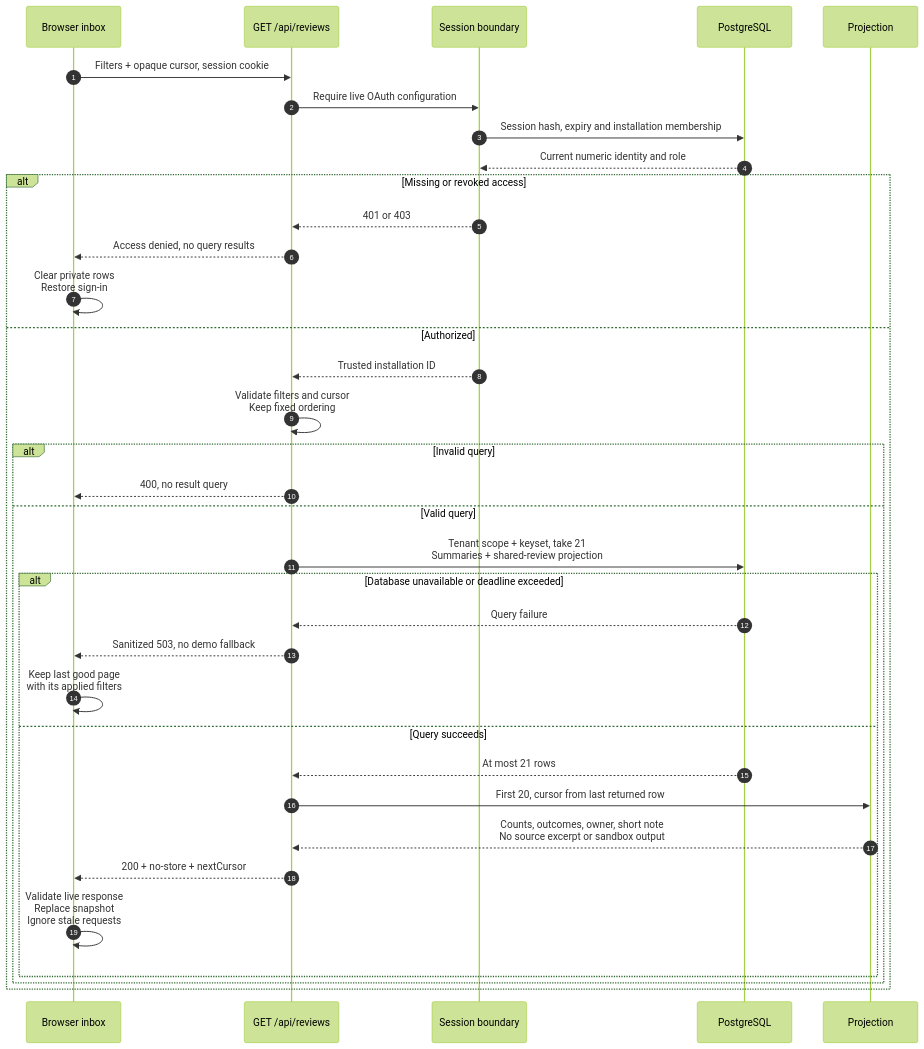
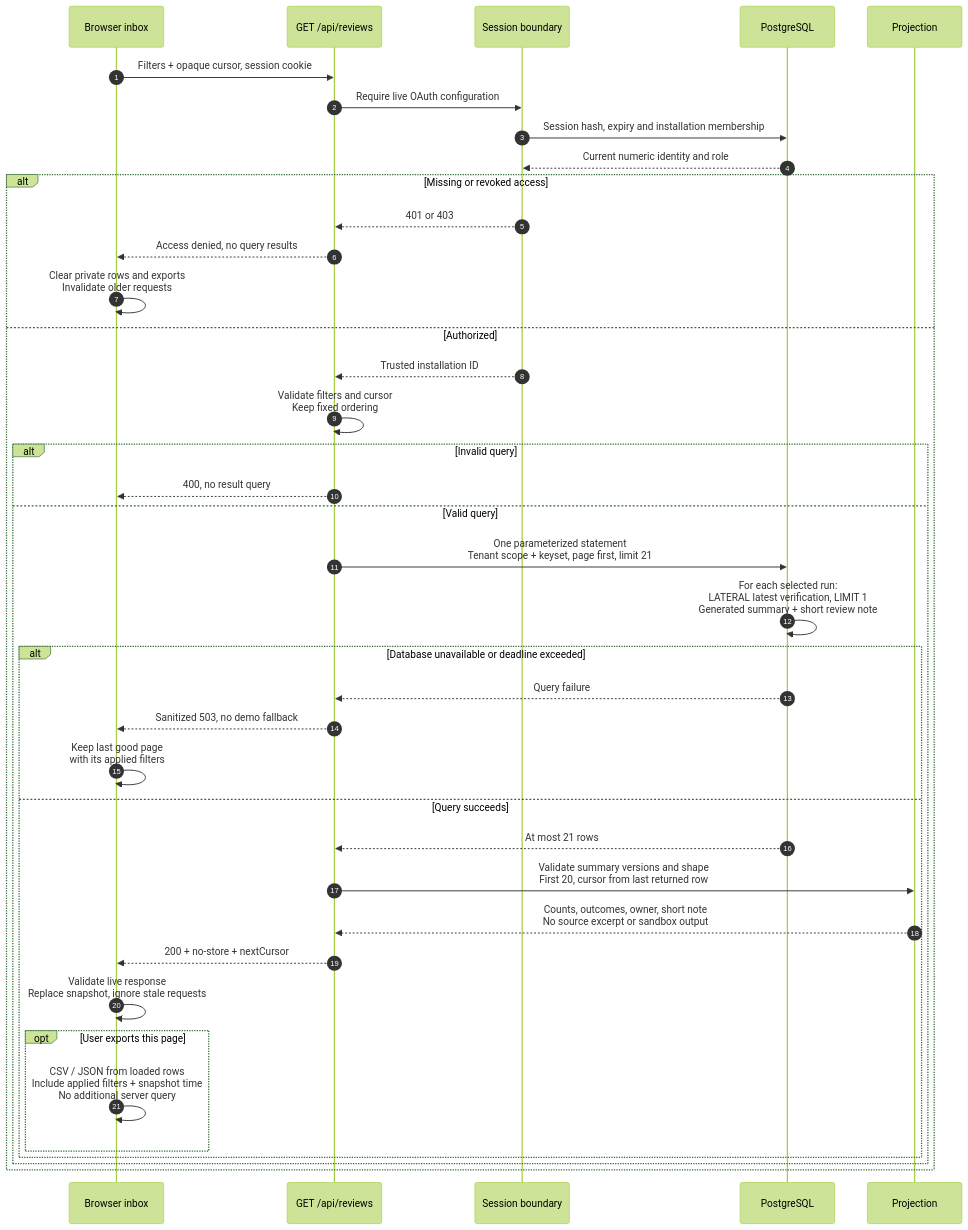
Before and after one commit to ChariPramod/Groundskeeper: the diagram in docs/diagrams/query-read-sequence.mmd, drawn with Mermaid (forest theme). The commit also changed 28 other files, not shown here.

```diff
--- a/docs/diagrams/query-read-sequence.mmd
+++ b/docs/diagrams/query-read-sequence.mmd
@@ -1,38 +1,42 @@
 sequenceDiagram
   accTitle: Review inbox query and response
-  accDescr: The server checks the session and installation, validates filters, reads a bounded summary page, and projects safe fields. Denied access clears private rows, invalid filters return a bad request, and temporary failures preserve the last good page.
+  accDescr: The server checks the session and installation, validates filters, and selects the page before joining its latest verification summaries. PostgreSQL limits each verification lookup to one row and the review note to 160 characters. Denied access clears private rows and invalidates old requests, temporary failures preserve the last good page. CSV and JSON exports reuse that loaded snapshot without another query.
   autonumber
   participant UI as Browser inbox
   participant API as GET /api/reviews
   participant Auth as Session boundary
   participant DB as PostgreSQL
   participant Map as Projection
 
   UI->>API: Filters + opaque cursor, session cookie
   API->>Auth: Require live OAuth configuration
   Auth->>DB: Session hash, expiry and installation membership
   DB-->>Auth: Current numeric identity and role
   alt Missing or revoked access
     Auth-->>API: 401 or 403
     API-->>UI: Access denied, no query results
-    UI->>UI: Clear private rows<br/>Restore sign-in
+    UI->>UI: Clear private rows and exports<br/>Invalidate older requests
   else Authorized
     Auth-->>API: Trusted installation ID
     API->>API: Validate filters and cursor<br/>Keep fixed ordering
     alt Invalid query
       API-->>UI: 400, no result query
     else Valid query
-      API->>DB: Tenant scope + keyset, take 21<br/>Summaries + shared-review projection
+      API->>DB: One parameterized statement<br/>Tenant scope + keyset, page first, limit 21
+      DB->>DB: For each selected run:<br/>LATERAL latest verification, LIMIT 1<br/>Generated summary + short review note
       alt Database unavailable or deadline exceeded
         DB-->>API: Query failure
         API-->>UI: Sanitized 503, no demo fallback
         UI->>UI: Keep last good page<br/>with its applied filters
       else Query succeeds
         DB-->>API: At most 21 rows
-        API->>Map: First 20, cursor from last returned row
+        API->>Map: Validate summary versions and shape<br/>First 20, cursor from last returned row
         Map-->>API: Counts, outcomes, owner, short note<br/>No source excerpt or sandbox output
         API-->>UI: 200 + no-store + nextCursor
-        UI->>UI: Validate live response<br/>Replace snapshot<br/>Ignore stale requests
+        UI->>UI: Validate live response<br/>Replace snapshot, ignore stale requests
+        opt User exports this page
+          UI->>UI: CSV / JSON from loaded rows<br/>Include applied filters + snapshot time<br/>No additional server query
+        end
       end
     end
   end
```
